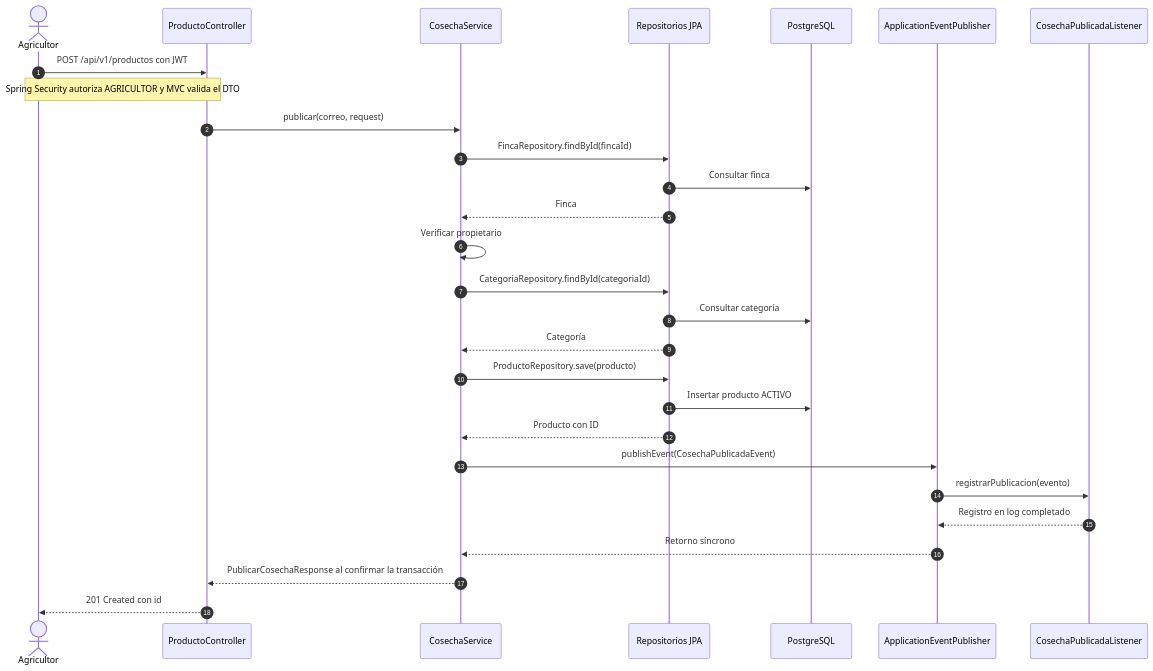
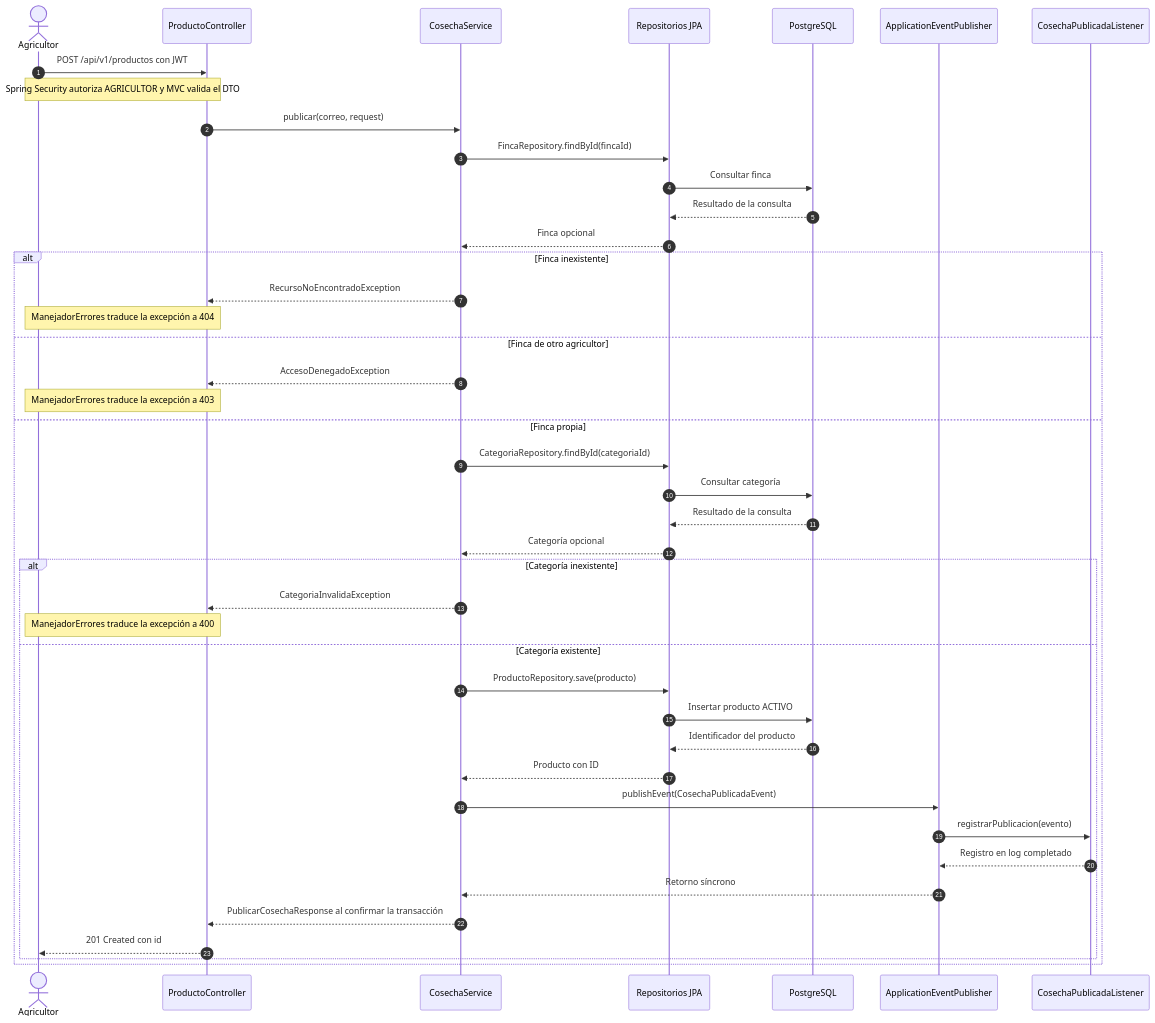
Before and after one commit to Angel-uniajc/AgrovalleConnect: the second of 4 diagrams in docs/architecture/diagramas-uml.md, drawn with Mermaid. The commit also changed other lines of this file, not shown here.

Commit message:
docs(T13-DIS): actualizar el login y completar los escenarios de cosecha

````diff
--- a/docs/architecture/diagramas-uml.md
+++ b/docs/architecture/diagramas-uml.md
@@ -46,30 +46,45 @@
 ```mermaid
 sequenceDiagram
     autonumber
     actor A as Agricultor
     participant C as ProductoController
     participant S as CosechaService
     participant R as Repositorios JPA
     participant DB as PostgreSQL
     participant P as ApplicationEventPublisher
     participant L as CosechaPublicadaListener
     A->>C: POST /api/v1/productos con JWT
     Note over A,C: Spring Security autoriza AGRICULTOR y MVC valida el DTO
     C->>S: publicar(correo, request)
     S->>R: FincaRepository.findById(fincaId)
     R->>DB: Consultar finca
-    R-->>S: Finca
-    S->>S: Verificar propietario
-    S->>R: CategoriaRepository.findById(categoriaId)
-    R->>DB: Consultar categoría
-    R-->>S: Categoría
-    S->>R: ProductoRepository.save(producto)
-    R->>DB: Insertar producto ACTIVO
-    R-->>S: Producto con ID
-    S->>P: publishEvent(CosechaPublicadaEvent)
-    P->>L: registrarPublicacion(evento)
-    L-->>P: Registro en log completado
-    P-->>S: Retorno síncrono
-    S-->>C: PublicarCosechaResponse al confirmar la transacción
-    C-->>A: 201 Created con id
+    DB-->>R: Resultado de la consulta
+    R-->>S: Finca opcional
+    alt Finca inexistente
+        S-->>C: RecursoNoEncontradoException
+        Note over C,A: ManejadorErrores traduce la excepción a 404
+    else Finca de otro agricultor
+        S-->>C: AccesoDenegadoException
+        Note over C,A: ManejadorErrores traduce la excepción a 403
+    else Finca propia
+        S->>R: CategoriaRepository.findById(categoriaId)
+        R->>DB: Consultar categoría
+        DB-->>R: Resultado de la consulta
+        R-->>S: Categoría opcional
+        alt Categoría inexistente
+            S-->>C: CategoriaInvalidaException
+            Note over C,A: ManejadorErrores traduce la excepción a 400
+        else Categoría existente
+            S->>R: ProductoRepository.save(producto)
+            R->>DB: Insertar producto ACTIVO
+            DB-->>R: Identificador del producto
+            R-->>S: Producto con ID
+            S->>P: publishEvent(CosechaPublicadaEvent)
+            P->>L: registrarPublicacion(evento)
+            L-->>P: Registro en log completado
+            P-->>S: Retorno síncrono
+            S-->>C: PublicarCosechaResponse al confirmar la transacción
+            C-->>A: 201 Created con id
+        end
+    end
 ```
````
